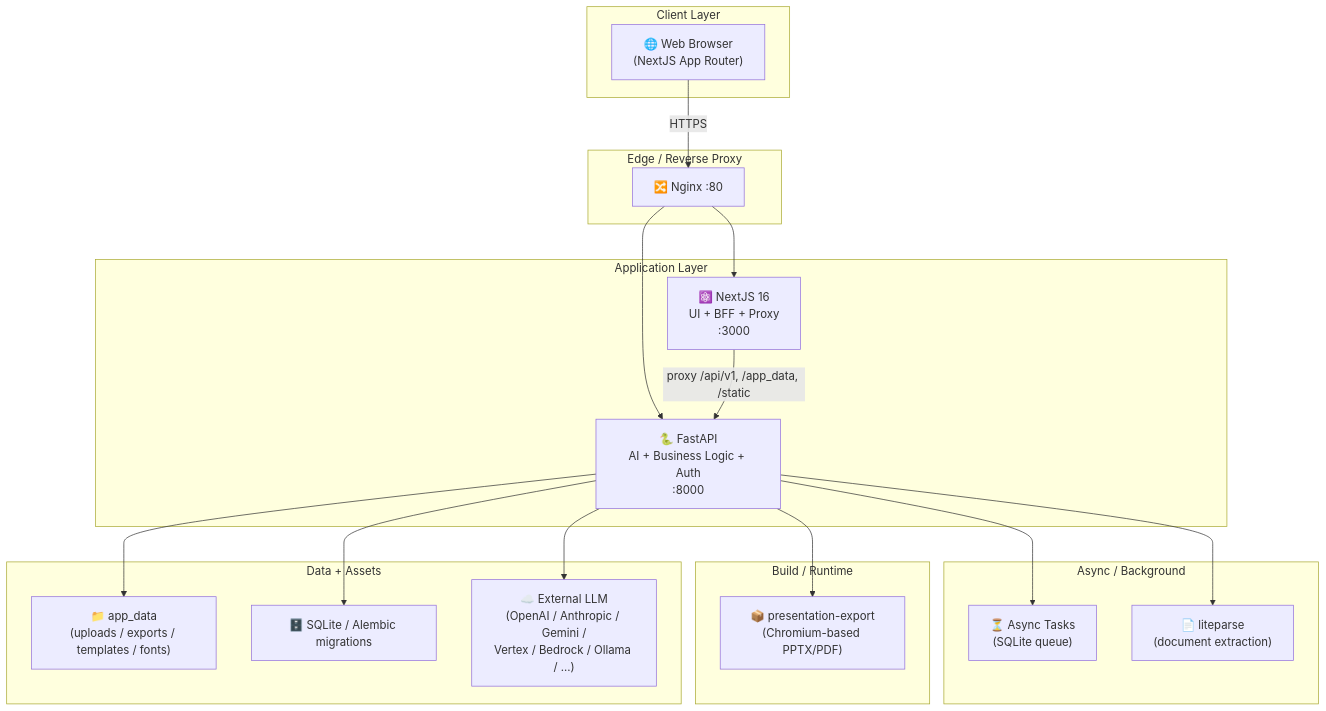
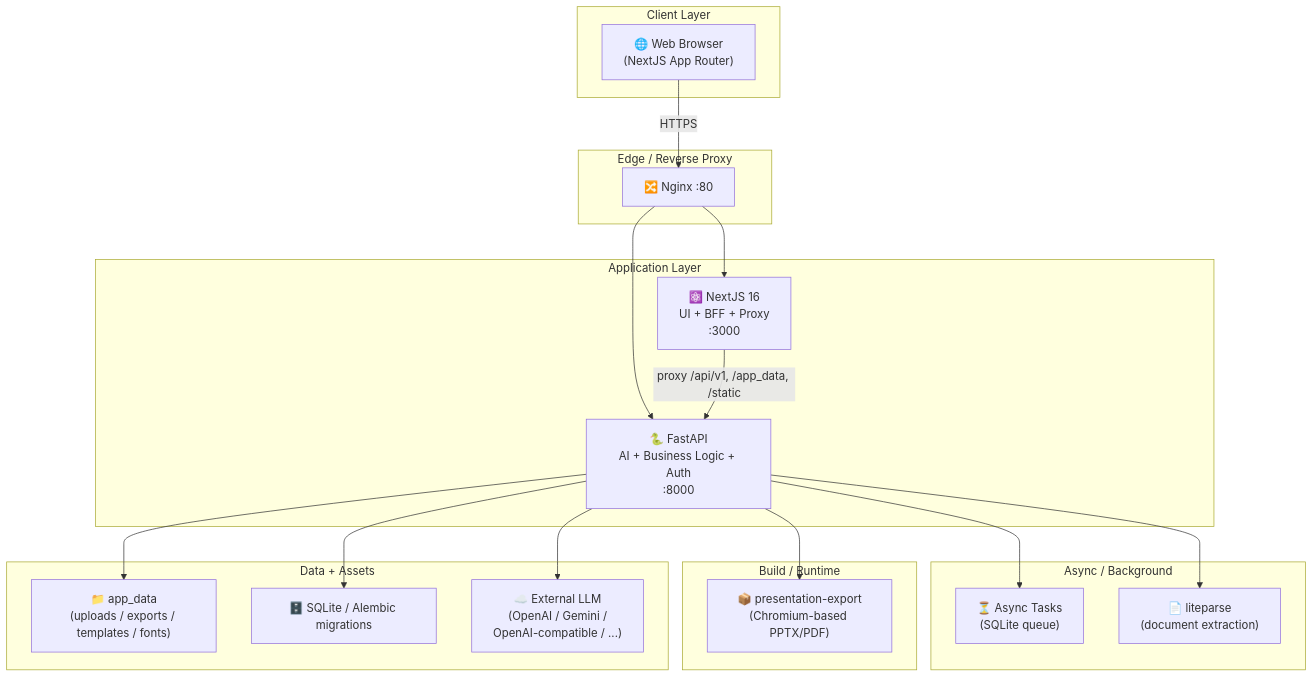
The diagram in docs/architecture/README.md (xuanthai-work/presenton-gapo), drawn with Mermaid before and after one commit. The commit also changed 120 other files, not shown here.

````diff
--- a/docs/architecture/README.md
+++ b/docs/architecture/README.md
@@ -28,41 +28,41 @@
 ```mermaid
 flowchart TB
     subgraph Client["Client Layer"]
         Browser["🌐 Web Browser<br/>(NextJS App Router)"]
     end
 
     subgraph Edge["Edge / Reverse Proxy"]
         Nginx["🔀 Nginx :80"]
     end
 
     subgraph App["Application Layer"]
         NextJS["⚛️ NextJS 16<br/>UI + BFF + Proxy<br/>:3000"]
         FastAPI["🐍 FastAPI<br/>AI + Business Logic + Auth<br/>:8000"]
     end
 
     subgraph Workers["Async / Background"]
         Tasks["⏳ Async Tasks<br/>(SQLite queue)"]
         LiteParse["📄 liteparse<br/>(document extraction)"]
     end
 
     subgraph Build["Build / Runtime"]
         Export["📦 presentation-export<br/>(Chromium-based PPTX/PDF)"]
     end
 
     subgraph Data["Data + Assets"]
         AppData["📁 app_data<br/>(uploads / exports / templates / fonts)"]
         SQLite["🗄️ SQLite / Alembic migrations"]
-        ExternalLLM["☁️ External LLM<br/>(OpenAI / Anthropic / Gemini /<br/>Vertex / Bedrock / Ollama / ...)"]
+        ExternalLLM["☁️ External LLM<br/>(OpenAI / Gemini /<br/>OpenAI-compatible / ...)"]
     end
 
     Browser -->|HTTPS| Nginx
     Nginx --> NextJS
     Nginx --> FastAPI
     NextJS -->|proxy /api/v1, /app_data, /static| FastAPI
     FastAPI --> Tasks
     FastAPI --> LiteParse
     FastAPI --> SQLite
     FastAPI --> AppData
     FastAPI --> ExternalLLM
     FastAPI --> Export
 ```
````
